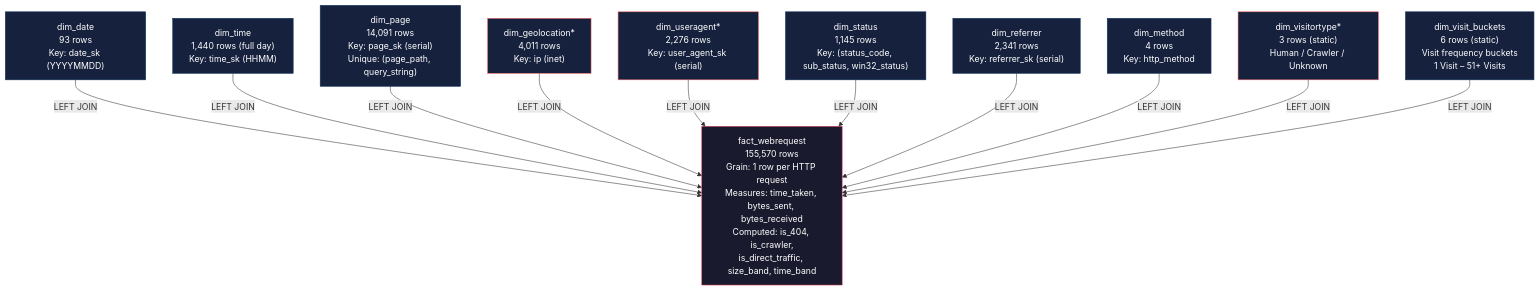
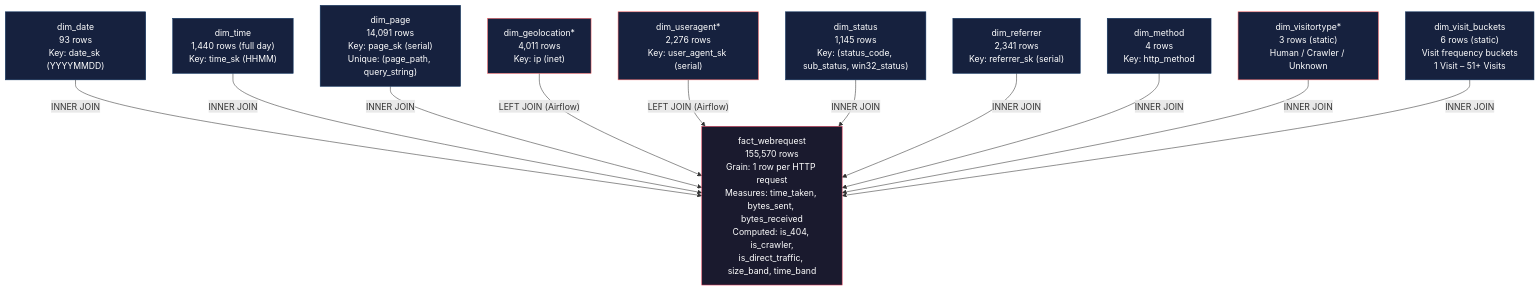
The seventh of 10 diagrams in README.md (AhmedIkram05/w3c-etl-pipeline), drawn with Mermaid before and after one commit. The commit also changed other lines of this file, not shown here.

````diff
--- a/README.md
+++ b/README.md
@@ -353,33 +386,33 @@
 ```mermaid
 flowchart TB
     fact["fact_webrequest<br/>155,570 rows<br/>Grain: 1 row per HTTP request<br/>Measures: time_taken, bytes_sent, bytes_received<br/>Computed: is_404, is_crawler,<br/>is_direct_traffic, size_band, time_band"]
 
     dim_date["dim_date<br/>93 rows<br/>Key: date_sk (YYYYMMDD)"]
     dim_time["dim_time<br/>1,440 rows (full day)<br/>Key: time_sk (HHMM)"]
     dim_page["dim_page<br/>14,091 rows<br/>Key: page_sk (serial)<br/>Unique: (page_path, query_string)"]
     dim_geo["dim_geolocation*<br/>4,011 rows<br/>Key: ip (inet)"]
     dim_ua["dim_useragent*<br/>2,276 rows<br/>Key: user_agent_sk (serial)"]
     dim_status["dim_status<br/>1,145 rows<br/>Key: (status_code, sub_status, win32_status)"]
     dim_ref["dim_referrer<br/>2,341 rows<br/>Key: referrer_sk (serial)"]
     dim_method["dim_method<br/>4 rows<br/>Key: http_method"]
     dim_visitor["dim_visitortype*<br/>3 rows (static)<br/>Human / Crawler / Unknown"]
     dim_visit_buckets["dim_visit_buckets<br/>6 rows (static)<br/>Visit frequency buckets<br/>1 Visit – 51+ Visits"]
 
-    dim_date -->|"LEFT JOIN"| fact
-    dim_time -->|"LEFT JOIN"| fact
-    dim_page -->|"LEFT JOIN"| fact
-    dim_geo -->|"LEFT JOIN"| fact
-    dim_ua -->|"LEFT JOIN"| fact
-    dim_status -->|"LEFT JOIN"| fact
-    dim_ref -->|"LEFT JOIN"| fact
-    dim_method -->|"LEFT JOIN"| fact
-    dim_visitor -->|"LEFT JOIN"| fact
-    dim_visit_buckets -->|"LEFT JOIN"| fact
+    dim_date -->|"INNER JOIN"| fact
+    dim_time -->|"INNER JOIN"| fact
+    dim_page -->|"INNER JOIN"| fact
+    dim_geo -->|"LEFT JOIN (Airflow)"| fact
+    dim_ua -->|"LEFT JOIN (Airflow)"| fact
+    dim_status -->|"INNER JOIN"| fact
+    dim_ref -->|"INNER JOIN"| fact
+    dim_method -->|"INNER JOIN"| fact
+    dim_visitor -->|"INNER JOIN"| fact
+    dim_visit_buckets -->|"INNER JOIN"| fact
     
     classDef default fill:#1a1a2e,stroke:#e94560,color:#fff
     classDef dim fill:#16213e,stroke:#0f3460,color:#fff
     classDef airflow fill:#16213e,stroke:#ff6b6b,color:#fff
     class fact default
     class dim_date,dim_time,dim_page,dim_status,dim_ref,dim_method,dim_visit_buckets dim
     class dim_geo,dim_ua,dim_visitor airflow
 ```
````
